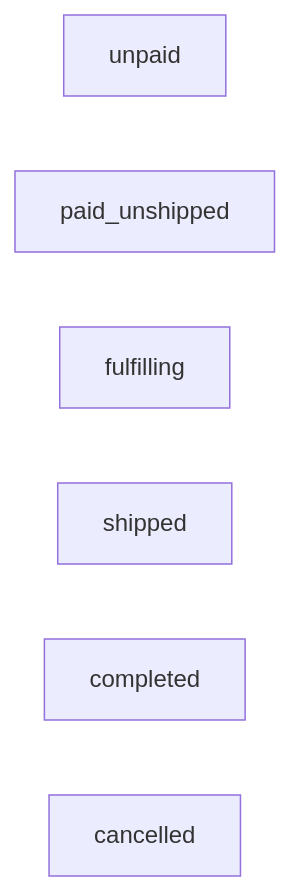
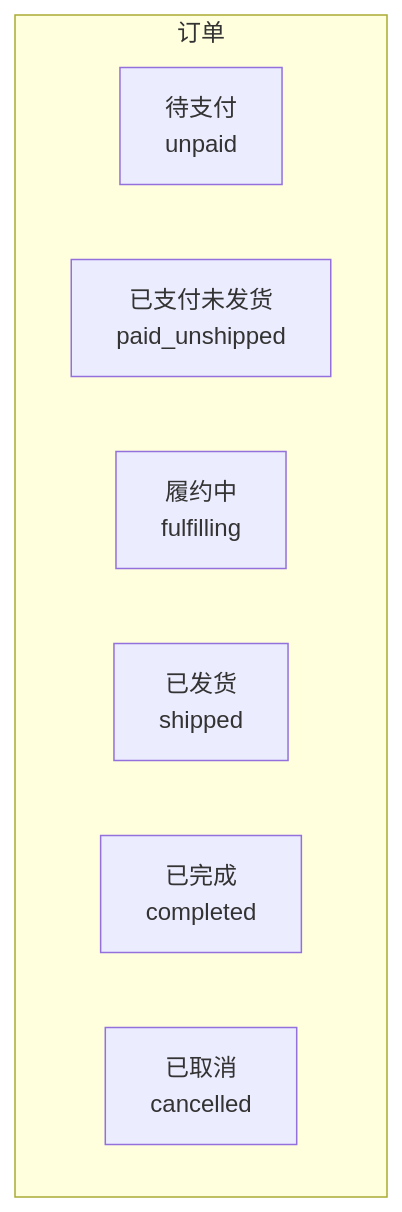
The diagram in examples/case-order-cancel-ops-faq/human/spec.md (OwenBell0930/specnotary), drawn with Mermaid before and after one commit. The commit also changed other lines of this file and 47 other files, not shown here.

````diff
--- a/examples/case-order-cancel-ops-faq/human/spec.md
+++ b/examples/case-order-cancel-ops-faq/human/spec.md
@@ -71,9 +90,11 @@
 ```mermaid
-flowchart LR
-  S0["unpaid"]
-  S1["paid_unshipped"]
-  S2["fulfilling"]
-  S3["shipped"]
-  S4["completed"]
-  S5["cancelled"]
+flowchart TB
+  subgraph G0["订单"]
+    S0["待支付<br/>unpaid"]
+    S1["已支付未发货<br/>paid_unshipped"]
+    S2["履约中<br/>fulfilling"]
+    S3["已发货<br/>shipped"]
+    S4["已完成<br/>completed"]
+    S5["已取消<br/>cancelled"]
+  end
 ```
````
